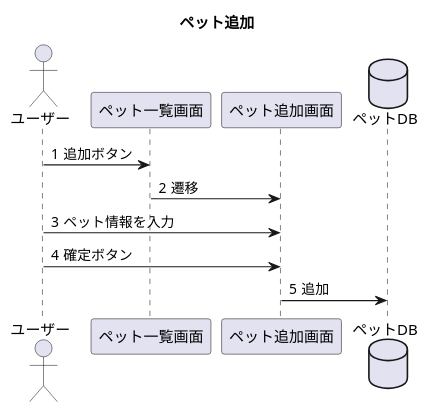
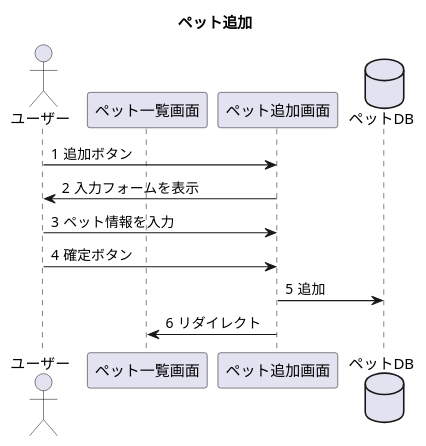
Before and after one commit to Tyamanaka07/WebSystem: the diagram in UML/seq_petAdd.pu, drawn with PlantUML. The commit also changed 5 other files, not shown here.

```diff
--- a/UML/seq_petAdd.pu
+++ b/UML/seq_petAdd.pu
@@ -1,15 +1,16 @@
 @startuml
 title ペット追加
 actor ユーザー
 participant ペット一覧画面
 participant ペット追加画面
 database ペットDB
 autonumber "#"
 
-ユーザー->ペット一覧画面:追加ボタン
-ペット一覧画面->ペット追加画面:遷移
+ユーザー->ペット追加画面:追加ボタン
+ペット追加画面->ユーザー:入力フォームを表示
 ユーザー->ペット追加画面:ペット情報を入力
 ユーザー->ペット追加画面:確定ボタン
 ペット追加画面->ペットDB:追加
+ペット追加画面->ペット一覧画面:リダイレクト
 
 @enduml
```
